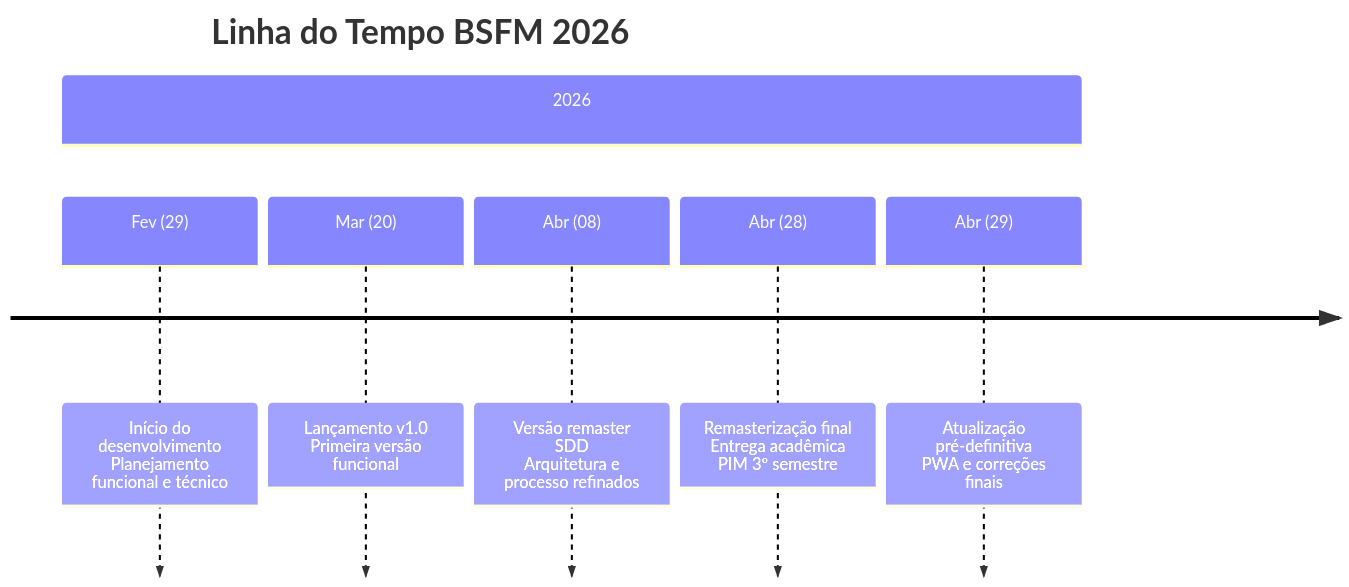
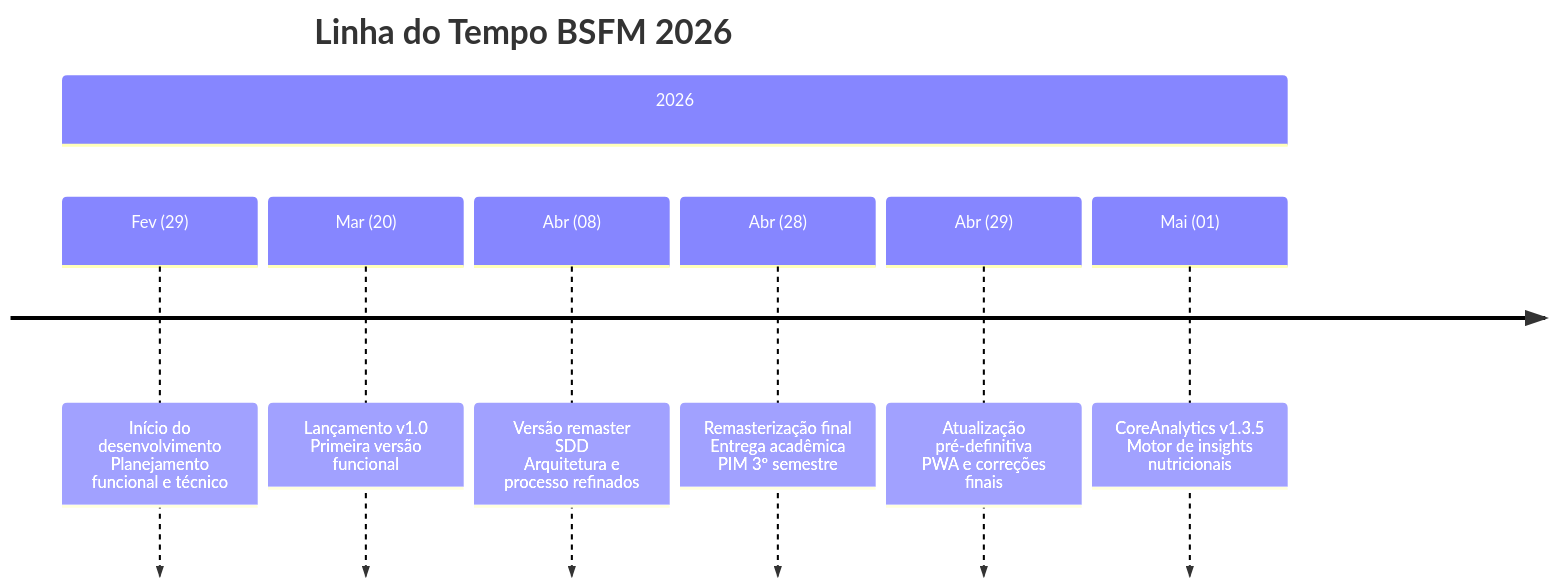
One commit to Brazilian-System-of-Food-Metric/software-documentation changed the diagram in docs/roadmap/index.md. Above: the diagram before and after it, drawn with Mermaid. The commit also changed other lines of this file and 21 other files, not shown here.

````diff
--- a/docs/roadmap/index.md
+++ b/docs/roadmap/index.md
@@ -9,10 +9,11 @@
 ```mermaid
 timeline
     title Linha do Tempo BSFM 2026
     section 2026
         Fev (29) : Início do desenvolvimento<br>Planejamento funcional e técnico
         Mar (20) : Lançamento v1.0<br>Primeira versão funcional
         Abr (08) : Versão remaster SDD<br>Arquitetura e processo refinados
         Abr (28) : Remasterização final<br>Entrega acadêmica PIM 3º semestre
         Abr (29) : Atualização pré-definitiva<br>PWA e correções finais
+        Mai (01) : CoreAnalytics v1.3.5<br>Motor de insights nutricionais
 ```
````
